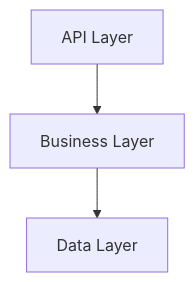
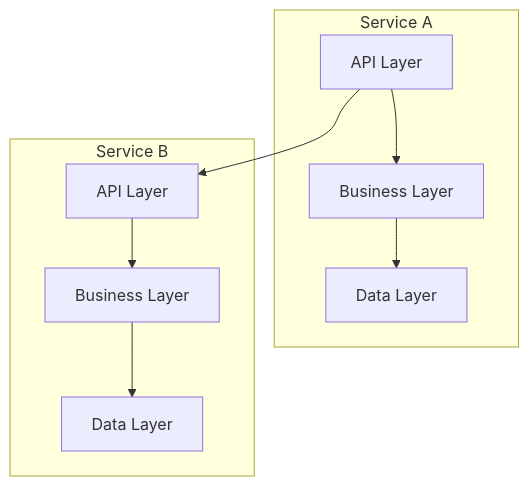
Before and after one commit to kholcomb/Architecture: the diagram in Patterns/fragmented/layered-services/_index.md, drawn with Mermaid. The commit also changed 11 other files, not shown here.

Commit message:
diagram fixes

````diff
--- a/Patterns/fragmented/layered-services/_index.md
+++ b/Patterns/fragmented/layered-services/_index.md
@@ -12,7 +12,16 @@
 ```mermaid
 graph TD
-    API[API Layer]
-    BL[Business Layer]
-    DL[Data Layer]
-    API --> BL --> DL
+    subgraph Service A
+        A_API[API Layer]
+        A_BL[Business Layer]
+        A_DL[Data Layer]
+        A_API --> A_BL --> A_DL
+    end
+    subgraph Service B
+        B_API[API Layer]
+        B_BL[Business Layer]
+        B_DL[Data Layer]
+        B_API --> B_BL --> B_DL
+    end
+    A_API --> B_API
 ```
````
